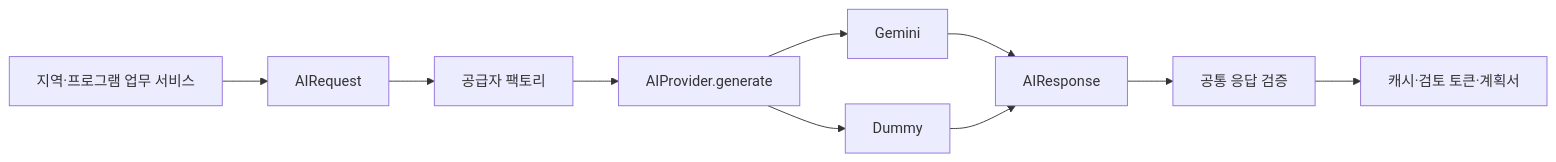
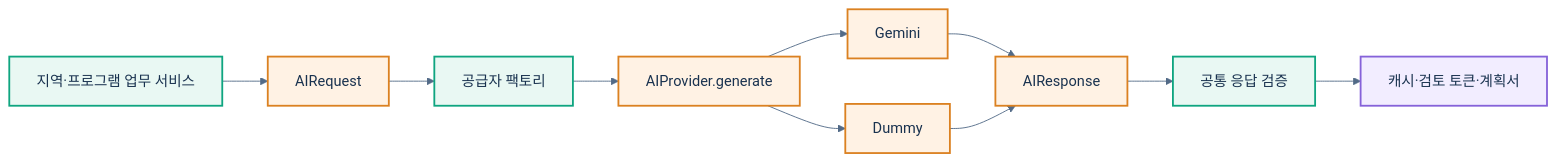
The third of 5 diagrams in README.md (encore-ai-campus/mlo-02-p1-team1), drawn with Mermaid before and after one commit. The commit also changed other lines of this file and 581 other files, not shown here.

````diff
--- a/README.md
+++ b/README.md
@@ -256,12 +293,20 @@
 ```mermaid
+%%{init: {'theme': 'base', 'themeVariables': {'fontFamily': 'sans-serif', 'fontSize': '16px', 'lineColor': '#526A87', 'primaryTextColor': '#19324F', 'background': '#F5F8FC'}}}%%
 flowchart LR
     Task[지역·프로그램 업무 서비스] --> Req[AIRequest]
     Req --> Factory[공급자 팩토리]
     Factory --> Provider[AIProvider.generate]
     Provider --> Gemini[Gemini]
     Provider --> Dummy[Dummy]
     Gemini --> Resp[AIResponse]
     Dummy --> Resp
     Resp --> Check[공통 응답 검증]
     Check --> Store[캐시·검토 토큰·계획서]
+    classDef front fill:#EAF5FF,stroke:#148BDD,color:#19324F,stroke-width:2px
+    classDef backend fill:#E9F8F3,stroke:#0FA580,color:#19324F,stroke-width:2px
+    classDef data fill:#F2EDFF,stroke:#8562D9,color:#19324F,stroke-width:2px
+    classDef ai fill:#FFF2E4,stroke:#DB8121,color:#19324F,stroke-width:2px
+    class Task,Factory,Check backend
+    class Req,Provider,Gemini,Dummy,Resp ai
+    class Store data
 ```
````
